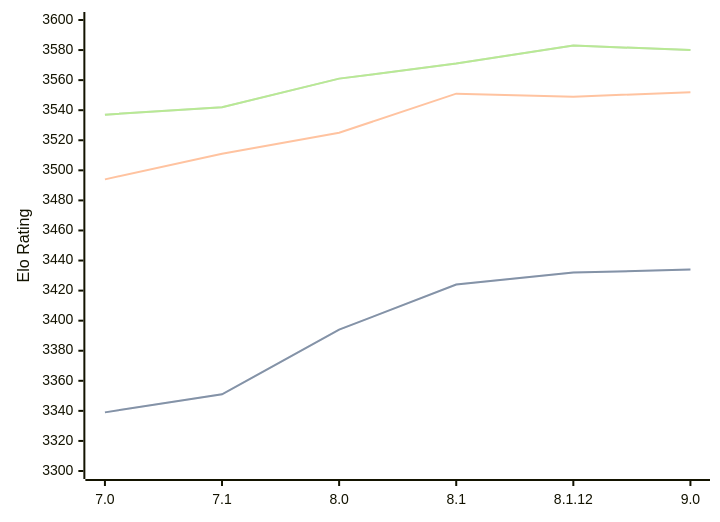
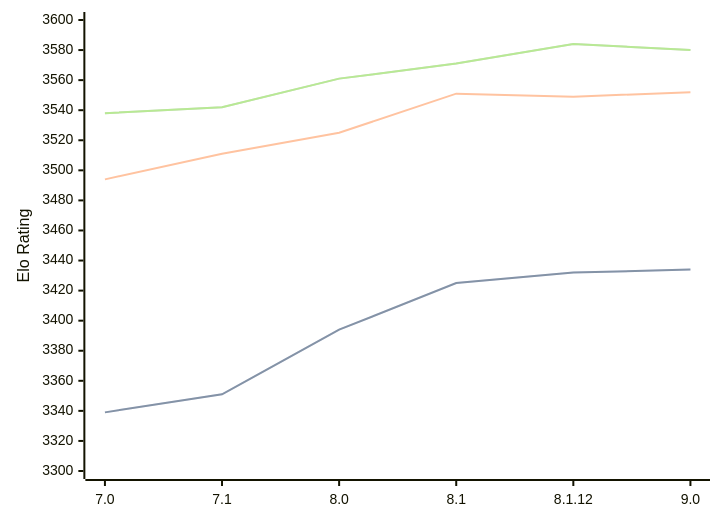
One commit to computer-chess-index/cci changed the diagram in engines/Alexandria.md. Above: the diagram before and after it, drawn with Mermaid. The commit also changed other lines of this file, not shown here.

Commit message:
Update CCI Ratings (ELO VLTC) - 2026-09-09

````diff
--- a/engines/Alexandria.md
+++ b/engines/Alexandria.md
@@ -36,11 +36,11 @@
 ```mermaid
 %%{init: {"theme":"base","themeVariables":{"seriesColors:['#a3a3a3','#222221','#faa371']}}}%%
 xychart-beta
   x-axis ["7.0", "7.1", "8.0", "8.1", "8.1.12", "9.0"]
   y-axis "Elo Rating" 3300 --> 3600
-  line "" [3339, 3351, 3394, 3424, 3432, 3434]
-  line "STC (8.0+0.08s)" [3339, 3351, 3394, 3424, 3432, 3434]
+  line "" [3339, 3351, 3394, 3425, 3432, 3434]
+  line "STC (8.0+0.08s)" [3339, 3351, 3394, 3425, 3432, 3434]
   line "LTC (60.0+0.60s)" [3494, 3511, 3525, 3551, 3549, 3552]
-  line "" [3537, 3542, 3561, 3571, 3583, 3580]
-  line "VLTC (2m24s+1.12s)" [3537, 3542, 3561, 3571, 3583, 3580]
+  line "" [3538, 3542, 3561, 3571, 3584, 3580]
+  line "VLTC (2m24s+1.12s)" [3538, 3542, 3561, 3571, 3584, 3580]
 ```
````
